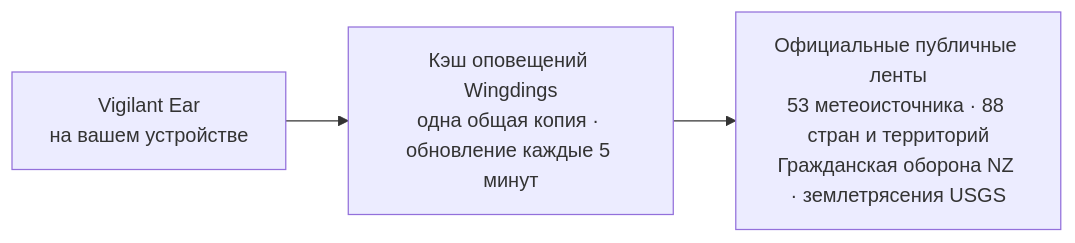
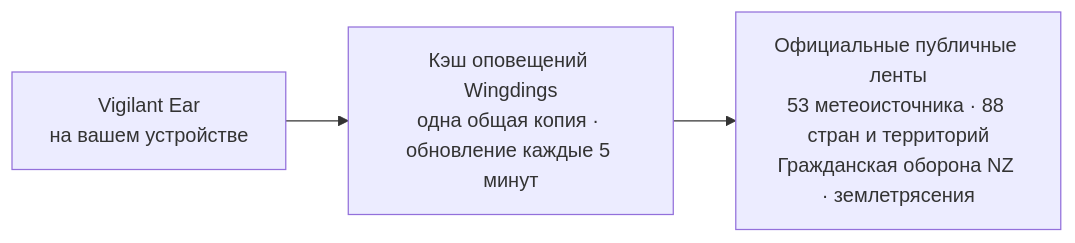
The fourth of 4 diagrams in README_ru.md (rpalm01-star/VigilantEarLegal), drawn with Mermaid before and after one commit. The commit also changed other lines of this file and 47 other files, not shown here.

````diff
--- a/README_ru.md
+++ b/README_ru.md
@@ -171,5 +171,5 @@
 ```mermaid
 graph LR
     P1["Vigilant Ear<br/>на вашем устройстве"] --> W["Кэш оповещений Wingdings<br/>одна общая копия · обновление каждые 5 минут"]
-    W --> N["Официальные публичные ленты<br/>53 метеоисточника · 88 стран и территорий<br/>Гражданская оборона NZ · землетрясения USGS"]
+    W --> N["Официальные публичные ленты<br/>53 метеоисточника · 88 стран и территорий<br/>Гражданская оборона NZ · землетрясения"]
 ```
````
